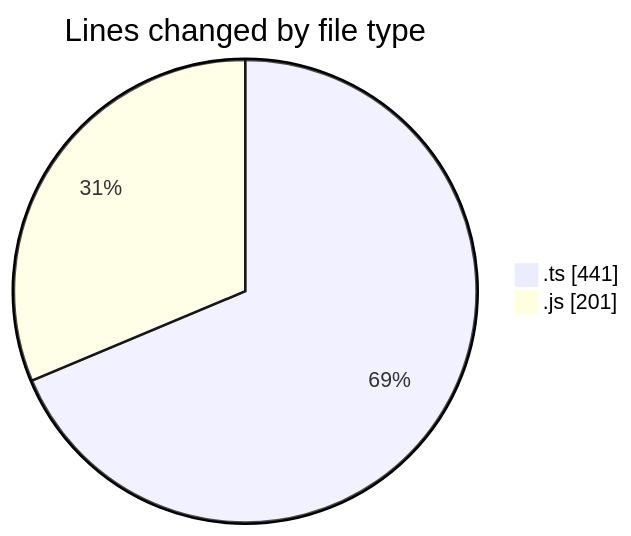
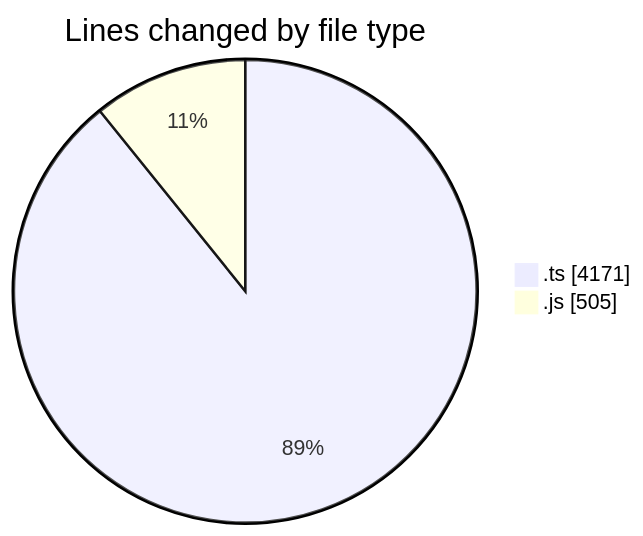
The first of 2 diagrams in 2025-05-20/cda/README.md (momahboobian/code-tracking), drawn with Mermaid before and after one commit. The commit also changed other lines of this file and 1 other file, not shown here.

````diff
--- a/2025-05-20/cda/README.md
+++ b/2025-05-20/cda/README.md
@@ -23,6 +26,6 @@
 ```mermaid
 pie showData
 title Lines changed by file type
-".ts" : 441
-".js" : 201
+".ts" : 4171
+".js" : 505
 ```
````
